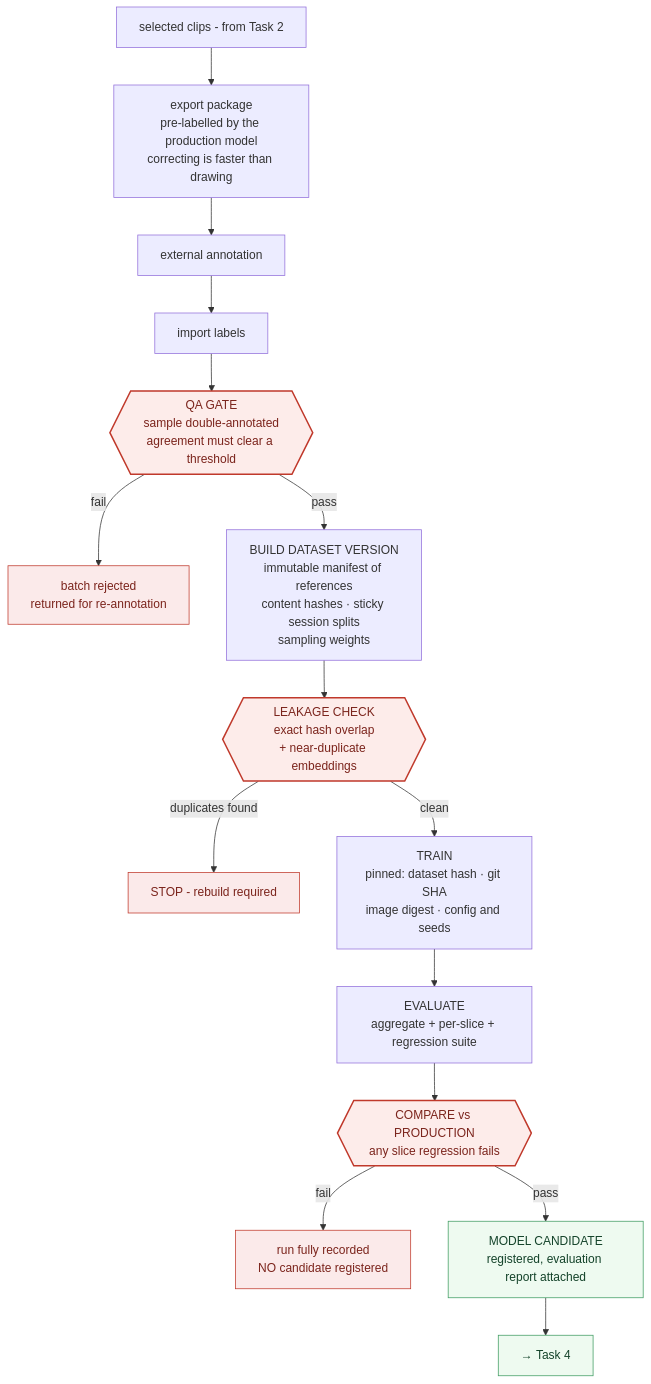
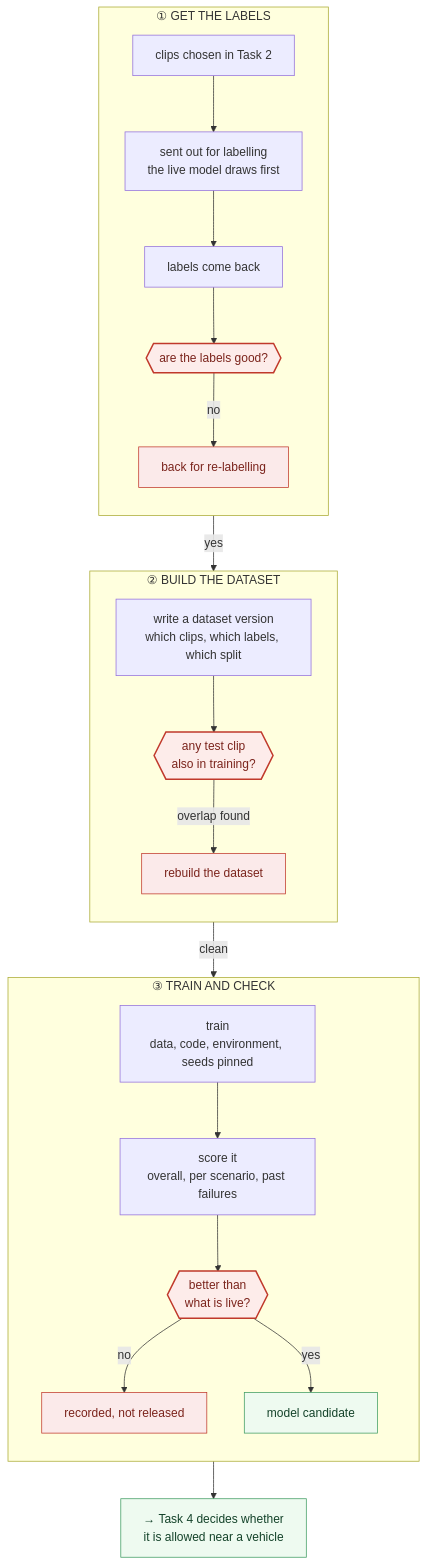
One commit to nakshatravyas/zensomy-data-flywheel changed the sixth of 8 diagrams in .site/docs/technical-design.md. Above: the diagram before and after it, drawn with Mermaid. The commit also changed other lines of this file and 1 other file, not shown here.

Commit message:
Technical design: clearer dataset and training diagram, three phases and three gates

````diff
--- a/.site/docs/technical-design.md
+++ b/.site/docs/technical-design.md
@@ -272,33 +274,44 @@
 ```mermaid
 graph TB
-    SEL["selected clips - from Task 2"]
-    EXP["export package<br/>pre-labelled by the production model<br/>correcting is faster than drawing"]
-    EXT["external annotation"]
-    IMP["import labels"]
-    QA{{"QA GATE<br/>sample double-annotated<br/>agreement must clear a threshold"}}
-    REJ["batch rejected<br/>returned for re-annotation"]
-    BUILD["BUILD DATASET VERSION<br/>immutable manifest of references<br/>content hashes · sticky session splits<br/>sampling weights"]
-    LEAK{{"LEAKAGE CHECK<br/>exact hash overlap<br/>+ near-duplicate embeddings"}}
-    STOP["STOP - rebuild required"]
-    TRAIN["TRAIN<br/>pinned: dataset hash · git SHA<br/>image digest · config and seeds"]
-    EV["EVALUATE<br/>aggregate + per-slice + regression suite"]
-    CMP{{"COMPARE vs PRODUCTION<br/>any slice regression fails"}}
-    NOCAND["run fully recorded<br/>NO candidate registered"]
-    CAND["MODEL CANDIDATE<br/>registered, evaluation report attached"]
-    T4["→ Task 4"]
+    subgraph P1["① GET THE LABELS"]
+        direction TB
+        SEL["clips chosen in Task 2"]
+        EXP["sent out for labelling<br/>the live model draws first"]
+        IMP["labels come back"]
+        QA{{"are the labels good?"}}
+        REJ["back for re-labelling"]
+    end
 
-    SEL --> EXP --> EXT --> IMP --> QA
-    QA -->|"fail"| REJ
-    QA -->|"pass"| BUILD --> LEAK
-    LEAK -->|"duplicates found"| STOP
+    subgraph P2["② BUILD THE DATASET"]
+        direction TB
+        BUILD["write a dataset version<br/>which clips, which labels, which split"]
+        LEAK{{"any test clip<br/>also in training?"}}
+        STOP["rebuild the dataset"]
+    end
+
+    subgraph P3["③ TRAIN AND CHECK"]
+        direction TB
+        TRAIN["train<br/>data, code, environment, seeds pinned"]
+        EV["score it<br/>overall, per scenario, past failures"]
+        CMP{{"better than<br/>what is live?"}}
+        NOCAND["recorded, not released"]
+        CAND["model candidate"]
+    end
+
+    T4["→ Task 4 decides whether<br/>it is allowed near a vehicle"]
+
+    SEL --> EXP --> IMP --> QA
+    QA -->|"no"| REJ
+    QA -->|"yes"| BUILD --> LEAK
+    LEAK -->|"overlap found"| STOP
     LEAK -->|"clean"| TRAIN --> EV --> CMP
-    CMP -->|"fail"| NOCAND
-    CMP -->|"pass"| CAND --> T4
+    CMP -->|"no"| NOCAND
+    CMP -->|"yes"| CAND --> T4
 
     classDef gate fill:#fdecea,stroke:#c0392b,stroke-width:2px,color:#7b241c
     classDef bad fill:#fbeaea,stroke:#c0392b,color:#7b241c
     classDef good fill:#eefaf0,stroke:#3f9c62,color:#14432a
     class QA,LEAK,CMP gate
     class REJ,STOP,NOCAND bad
     class CAND,T4 good
 ```
````
